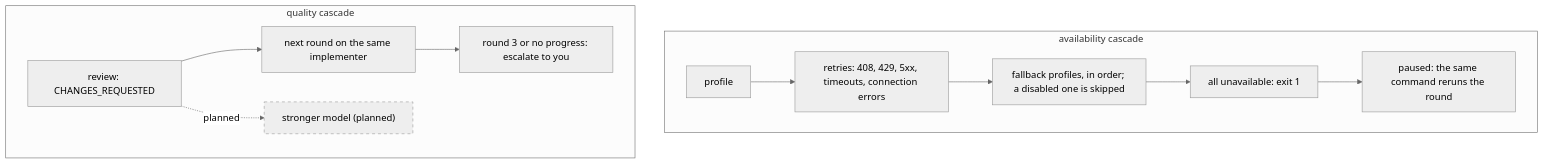
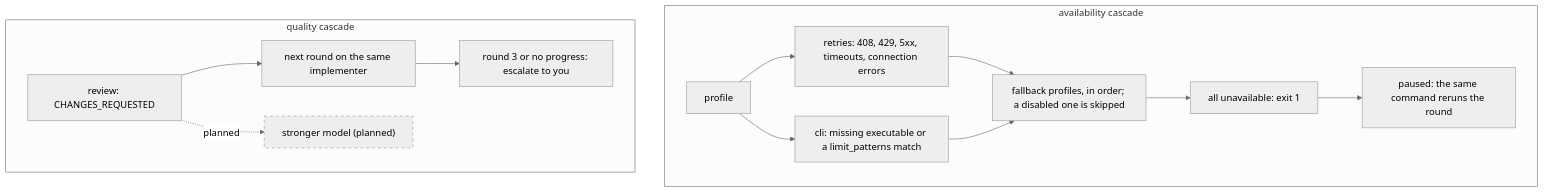
The second of 3 diagrams in docs/task-flow/external-implementer.md (jakos/claude-baseline), drawn with Mermaid (neutral theme) before and after one commit. The commit also changed other lines of this file and 26 other files, not shown here.

First line of the commit message:
feat(task-flow): add a generic cli driver to implement.py

````diff
--- a/docs/task-flow/external-implementer.md
+++ b/docs/task-flow/external-implementer.md
@@ -63,25 +74,28 @@
 ```mermaid
 flowchart TD
   subgraph avail["availability cascade"]
     prof["profile"]
     retries["retries: 408, 429, 5xx, timeouts, connection errors"]
+    climiss["cli: missing executable or a limit_patterns match"]
     fb["fallback profiles, in order; a disabled one is skipped"]
     unavail["all unavailable: exit 1"]
     paused["paused: the same command reruns the round"]
     prof --> retries
+    prof --> climiss
     retries --> fb
+    climiss --> fb
     fb --> unavail
     unavail --> paused
   end
   subgraph qual["quality cascade"]
     review["review: CHANGES_REQUESTED"]
     next["next round on the same implementer"]
     esc["round 3 or no progress: escalate to you"]
     strong["stronger model (planned)"]
     review --> next
     next --> esc
     review -.->|"planned"| strong
   end
   classDef planned stroke-dasharray: 5 5
   class strong planned
 ```
````
